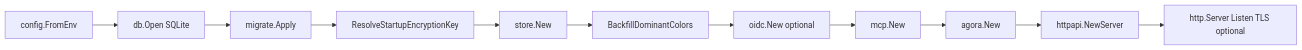
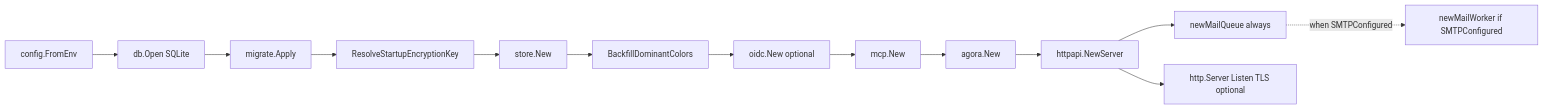
The first of 2 diagrams in docs/diagrams/scrumboy_bootstrap.md (bhardwajRahul/scrumboy), drawn with Mermaid before and after one commit. The commit also changed other lines of this file and 38 other files, not shown here.

````diff
--- a/docs/diagrams/scrumboy_bootstrap.md
+++ b/docs/diagrams/scrumboy_bootstrap.md
@@ -5,18 +5,22 @@
 ```mermaid
 flowchart LR
   Env[config.FromEnv]
   DB[db.Open SQLite]
   Mig[migrate.Apply]
   Key[ResolveStartupEncryptionKey]
   Store[store.New]
   Color[BackfillDominantColors]
   OIDC[oidc.New optional]
   MCP[mcp.New]
   Agora[agora.New]
   Srv[httpapi.NewServer]
+  MailQ[newMailQueue always]
+  MailW[newMailWorker if SMTPConfigured]
   Listen[http.Server Listen TLS optional]
 
   Env --> DB --> Mig --> Key --> Store --> Color
   Color --> OIDC
   OIDC --> MCP --> Agora --> Srv --> Listen
+  Srv --> MailQ
+  MailQ -. when SMTPConfigured .-> MailW
 ```
````
